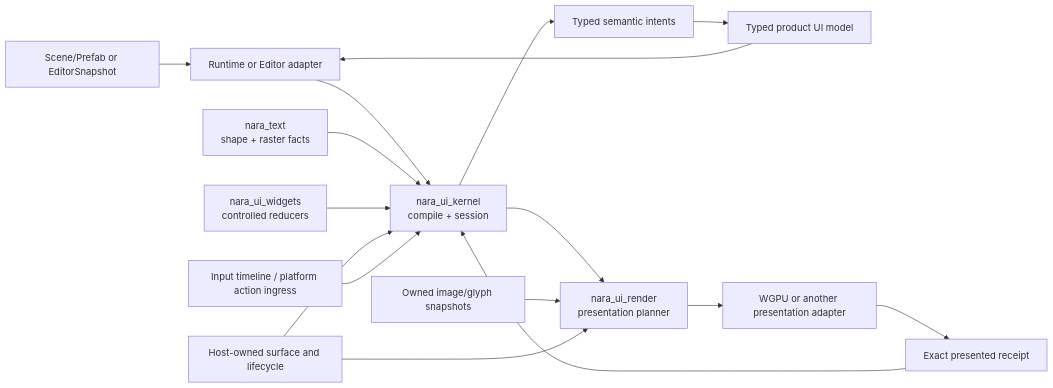
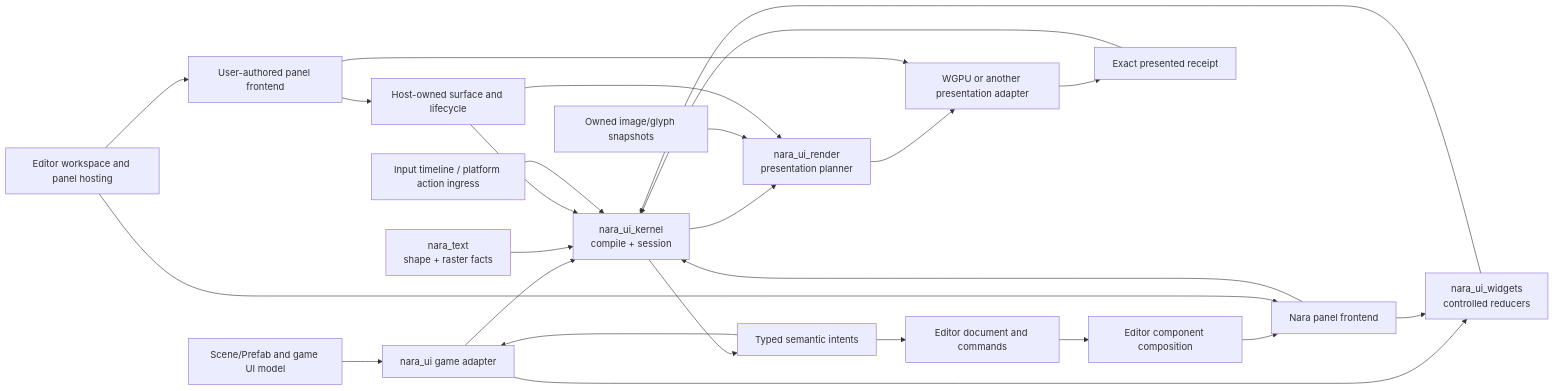
The diagram in docs/architecture/ui-foundation-design.md (Latias94/nara), drawn with Mermaid before and after one commit. The commit also changed other lines of this file and 10 other files, not shown here.

First line of the commit message:
docs(ui): define extensible editor UI foundation and delivery sequence

````diff
--- a/docs/architecture/ui-foundation-design.md
+++ b/docs/architecture/ui-foundation-design.md
@@ -23,30 +28,42 @@
 ```mermaid
 flowchart LR
-    Authoring[Scene/Prefab or EditorSnapshot]
-    Model[Typed product UI model]
-    Adapter[Runtime or Editor adapter]
+    Authoring[Scene/Prefab and game UI model]
+    Runtime[nara_ui game adapter]
+    Domain[Editor document and commands]
+    Components[Editor component composition]
+    Native[Nara panel frontend]
+    External[User-authored panel frontend]
+    Shell[Editor workspace and panel hosting]
     Kernel[nara_ui_kernel\ncompile + session]
     Text[nara_text\nshape + raster facts]
     Widgets[nara_ui_widgets\ncontrolled reducers]
     Planner[nara_ui_render\npresentation planner]
     Resources[Owned image/glyph snapshots]
     Backend[WGPU or another presentation adapter]
     Receipt[Exact presented receipt]
     Timeline[Input timeline / platform action ingress]
     Intent[Typed semantic intents]
     Host[Host-owned surface and lifecycle]
 
-    Authoring --> Adapter
-    Model --> Adapter
-    Adapter --> Kernel
+    Authoring --> Runtime
+    Runtime --> Kernel
+    Runtime --> Widgets
+    Domain --> Components --> Native
+    Native --> Widgets
+    Native --> Kernel
+    Shell --> Native
+    Shell --> External
     Text --> Kernel
     Widgets --> Kernel
     Kernel --> Planner
     Resources --> Planner
     Host --> Kernel
     Host --> Planner
     Planner --> Backend --> Receipt
+    External --> Backend
+    External --> Host
     Receipt --> Kernel
     Timeline --> Kernel --> Intent
-    Intent --> Model
+    Intent --> Runtime
+    Intent --> Domain
 ```
````
